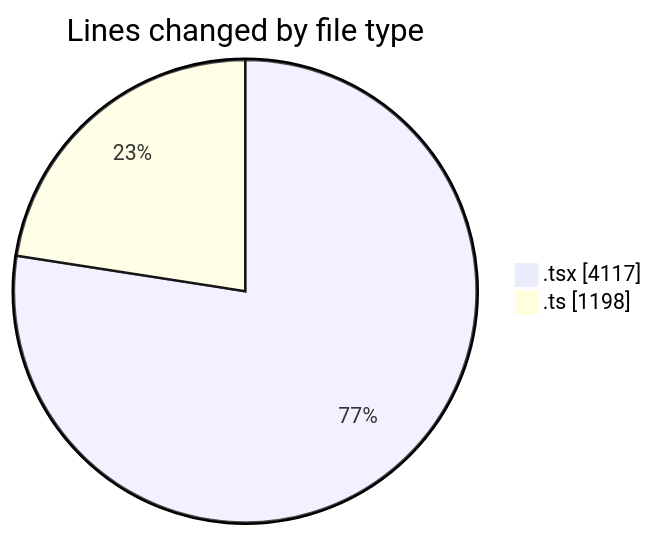
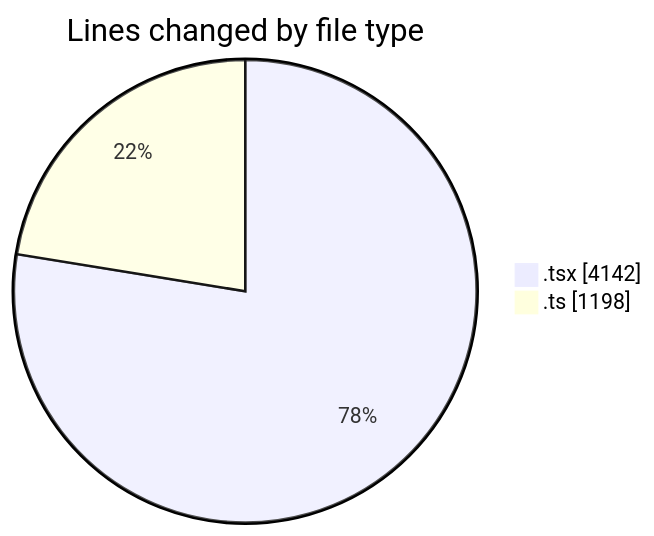
The first of 2 diagrams in 2026-02-19/nxtqube_webapp/README.md (nxtqubesakshisongat/code-tracking), drawn with Mermaid before and after one commit. The commit also changed other lines of this file and 1 other file, not shown here.

````diff
--- a/2026-02-19/nxtqube_webapp/README.md
+++ b/2026-02-19/nxtqube_webapp/README.md
@@ -32,6 +32,6 @@
 ```mermaid
 pie showData
 title Lines changed by file type
-".tsx" : 4117
+".tsx" : 4142
 ".ts" : 1198
 ```
````
